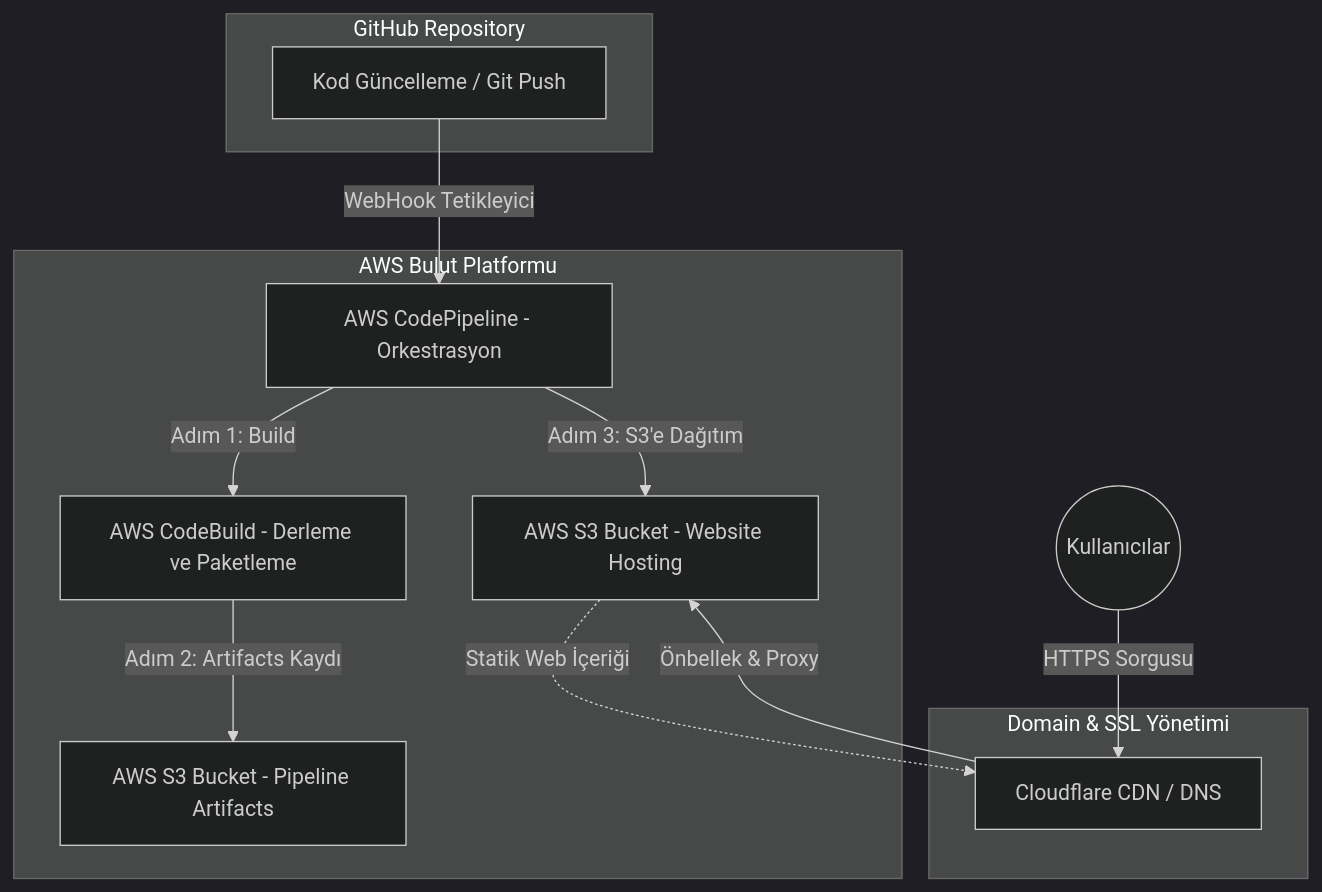
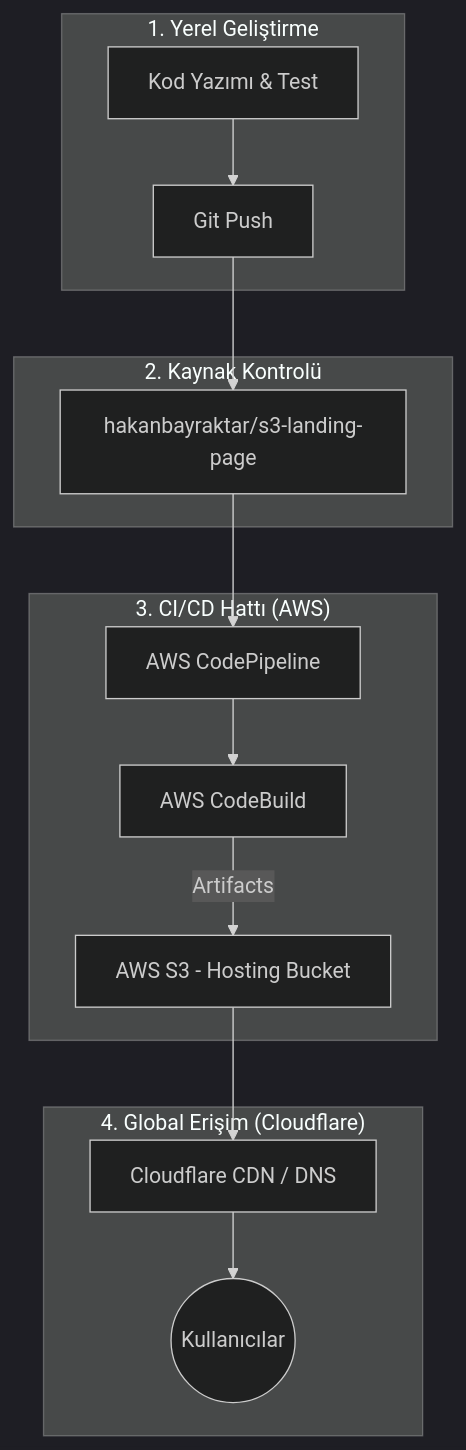
The diagram in README.md (hakanbayraktar/s3-landing-page), drawn with Mermaid (dark theme) before and after one commit. The commit also changed other lines of this file and 13 other files, not shown here.

Commit message:
docs: update README with new architecture and deployment guide, and add extracted PDF images for documentation

````diff
--- a/README.md
+++ b/README.md
@@ -15,26 +15,21 @@
 ```mermaid
 graph TD
-    subgraph GitHub ["GitHub Repository"]
-        SourceCode[Kod Güncelleme / Git Push]
+    subgraph Yerel_Gelisim ["1. Yerel Geliştirme"]
+        Dev[Kod Yazımı & Test] --> Push[Git Push]
     end
 
-    subgraph AWS_Cloud ["AWS Bulut Platformu"]
-        CP[AWS CodePipeline - Orkestrasyon]
-        CB[AWS CodeBuild - Derleme ve Paketleme]
-        S3_Host[AWS S3 Bucket - Website Hosting]
-        S3_Art[AWS S3 Bucket - Pipeline Artifacts]
-        
-        SourceCode -->|WebHook Tetikleyici| CP
-        CP -->|Adım 1: Build| CB
-        CB -->|Adım 2: Artifacts Kaydı| S3_Art
-        CP -->|Adım 3: S3'e Dağıtım| S3_Host
+    subgraph GitHub ["2. Kaynak Kontrolü"]
+        Push --> Repo[hakanbayraktar/s3-landing-page]
     end
 
-    subgraph Erişim_Güvenlik ["Domain & SSL Yönetimi"]
-        CF[Cloudflare CDN / DNS]
-        S3_Host -.->|Statik Web İçeriği| CF
+    subgraph AWS_Bulut ["3. CI/CD Hattı (AWS)"]
+        Repo --> CP[AWS CodePipeline]
+        CP --> CB[AWS CodeBuild]
+        CB -->|Artifacts| S3_Host[AWS S3 - Hosting Bucket]
     end
 
-    User((Kullanıcılar)) -->|HTTPS Sorgusu| CF
-    CF -->|Önbellek & Proxy| S3_Host
+    subgraph Erisim ["4. Global Erişim (Cloudflare)"]
+        S3_Host --> CF[Cloudflare CDN / DNS]
+        CF --> User((Kullanıcılar))
+    end
 ```
````
